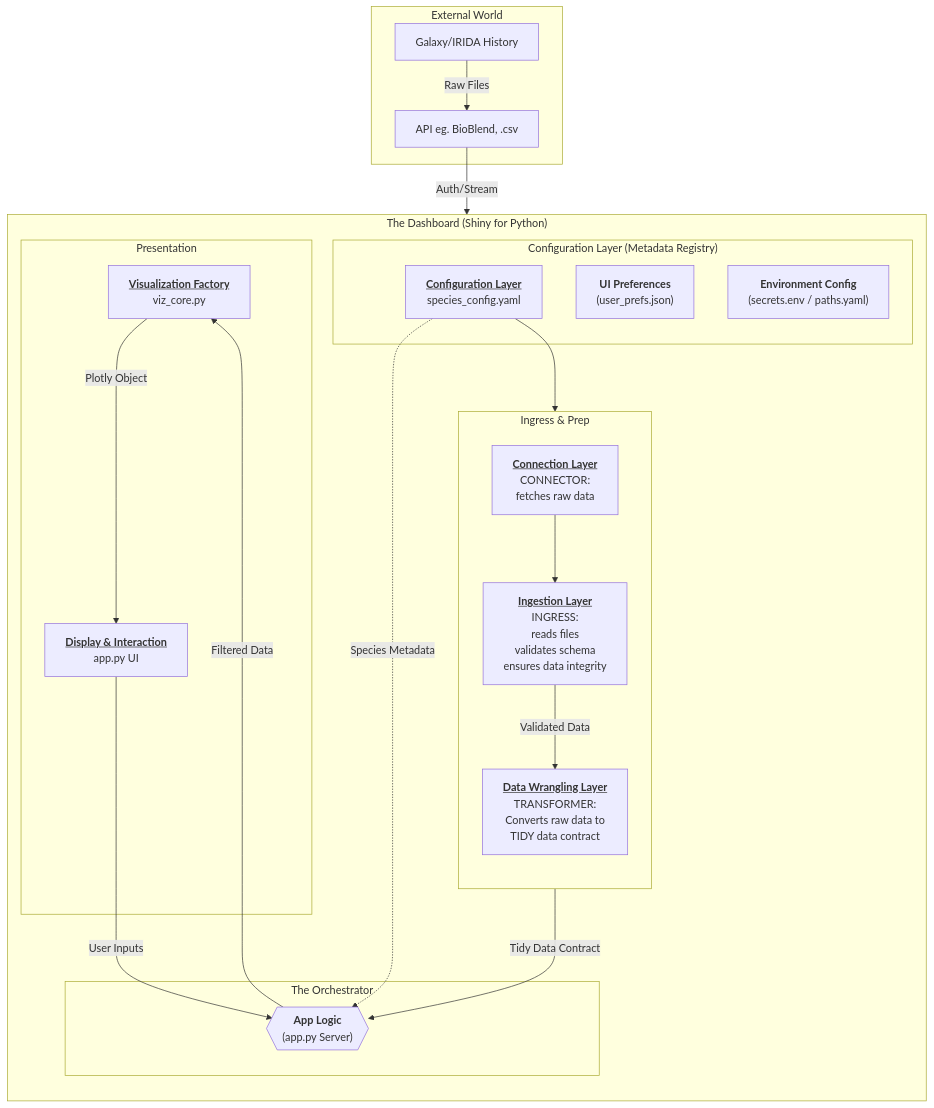
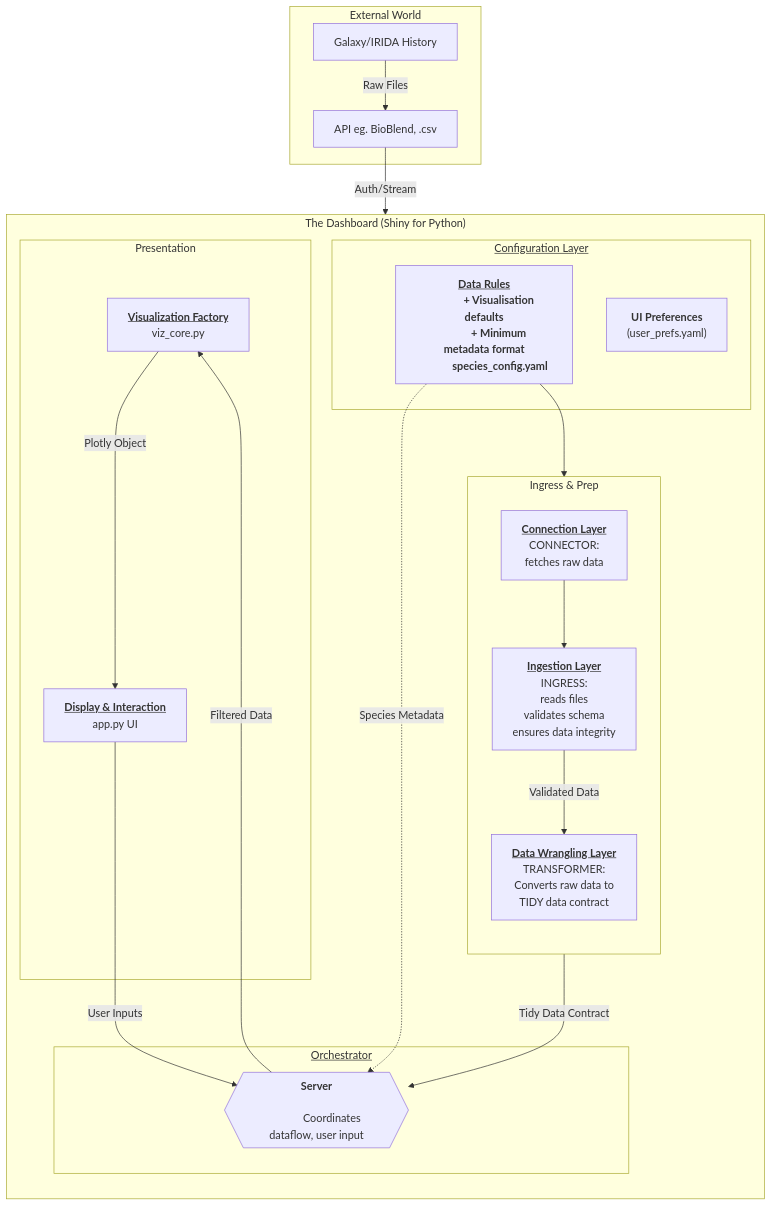
Before and after one commit to NorwegianVeterinaryInstitute/SPARMVET_VIZ: the diagram in docs/architecture/mermaid.qmd, drawn with Mermaid. The commit also changed other lines of this file and 53 other files, not shown here.

````diff
--- a/docs/architecture/mermaid.qmd
+++ b/docs/architecture/mermaid.qmd
@@ -9,65 +11,69 @@
 ```{mermaid}
 graph TD
     subgraph "External World"
         Galaxy[Galaxy/IRIDA History]
         API["API eg. BioBlend, .csv"]
     end
 
 
     subgraph "The Dashboard (Shiny for Python)"
         direction TB
         
         %% TODO- need to integrate relations with config layer
         subgraph "Ingress & Prep"
             direction TB 
             
             Connector["
             <b><u>Connection Layer</u></b>
             CONNECTOR: 
             fetches raw data"]
             
             Ingest["
             <b><u>Ingestion Layer</u></b>
             INGRESS: 
             reads files
             validates schema
             ensures data integrity"]
 
             Wrangler["
             <b><u>Data Wrangling Layer</u></b>
             TRANSFORMER:
             Converts raw data to 
             TIDY data contract"]
         end
 
-        subgraph "Configuration Layer (Metadata Registry)"
-            DataRules["<b><u>Configuration Layer</u></b><br/>species_config.yaml"]
-            UIPrefs["<b>UI Preferences</b><br/>(user_prefs.json)"]
-            SystemEnv["<b>Environment Config</b><br/>(secrets.env / paths.yaml)"]
+        subgraph "<u>Configuration Layer</u>"
+            DataRules["<b><u>Data Rules</u><b>
+            + Visualisation defaults
+            + Minimum metadata format
+            species_config.yaml"]
+            UIPrefs["<b>UI Preferences</b><br/>(user_prefs.yaml)"]
+            %% SystemEnv["<b>Environment Config</b><br/>(secrets.env / paths.yaml)"]
         end
 
 
-        subgraph "The Orchestrator"
-            Logic{{"<b>App Logic</b><br/>(app.py Server)"}}
+        subgraph "<u>Orchestrator</u>"
+            Logic{{"<b>Server</b><br/>
+            Coordinates dataflow, user input"}}
         end
 
         subgraph "Presentation"
             Factory[<b><u>Visualization Factory</u></b><br/>viz_core.py]
             UI[<b><u>Display & Interaction</u></b><br/>app.py UI]
         end
     
     end
 
     %% Data Flow
     Galaxy -->|Raw Files| API
     API -->|Auth/Stream| Connector
     Connector --> Ingest
     Ingest -->|Validated Data| Wrangler
     DataRules --> Ingest
     Wrangler -->|Tidy Data Contract| Logic
     
     DataRules -.->|Species Metadata| Logic
     Logic -->|Filtered Data| Factory
     Factory -->|Plotly Object| UI
     UI -->|User Inputs| Logic
 ```
````
